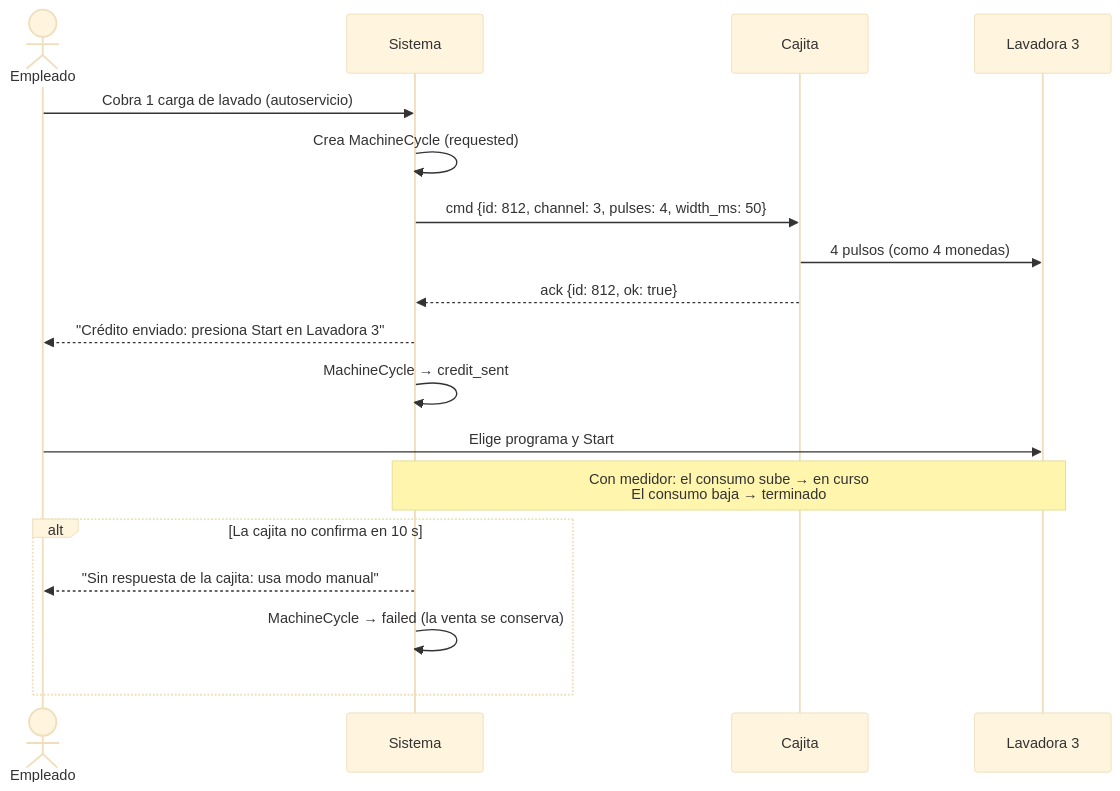
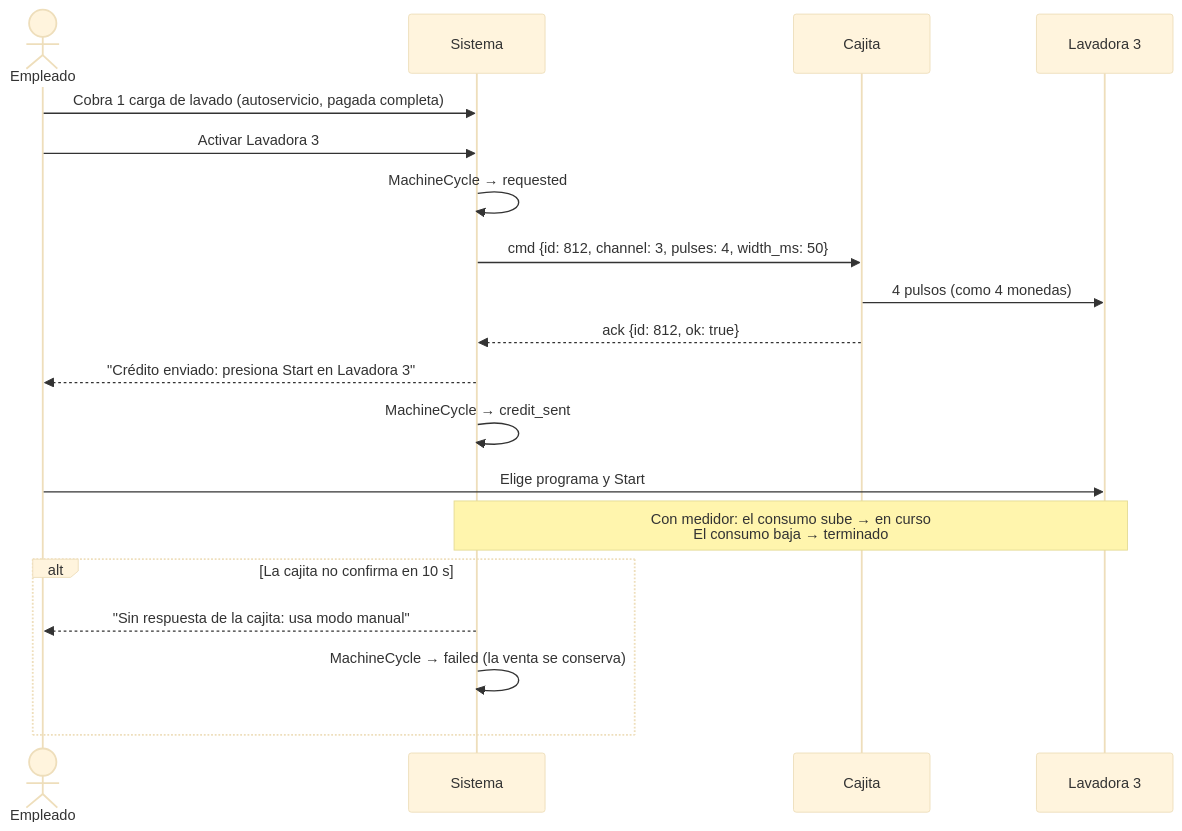
The third of 4 diagrams in mvp.md (atneses/open-laundry), drawn with Mermaid (base theme) before and after one commit. The commit also changed other lines of this file and 1 other file, not shown here.

````diff
--- a/mvp.md
+++ b/mvp.md
@@ -601,21 +598,22 @@
 ```mermaid
 sequenceDiagram
     actor E as Empleado
     participant S as Sistema
     participant P as Cajita
     participant L as Lavadora 3
 
-    E->>S: Cobra 1 carga de lavado (autoservicio)
-    S->>S: Crea MachineCycle (requested)
+    E->>S: Cobra 1 carga de lavado (autoservicio, pagada completa)
+    E->>S: Activar Lavadora 3
+    S->>S: MachineCycle → requested
     S->>P: cmd {id: 812, channel: 3, pulses: 4, width_ms: 50}
     P->>L: 4 pulsos (como 4 monedas)
     P-->>S: ack {id: 812, ok: true}
     S-->>E: "Crédito enviado: presiona Start en Lavadora 3"
     S->>S: MachineCycle → credit_sent
     E->>L: Elige programa y Start
     Note over S,L: Con medidor: el consumo sube → en curso<br/>El consumo baja → terminado
     alt La cajita no confirma en 10 s
         S-->>E: "Sin respuesta de la cajita: usa modo manual"
         S->>S: MachineCycle → failed (la venta se conserva)
     end
 ```
````
